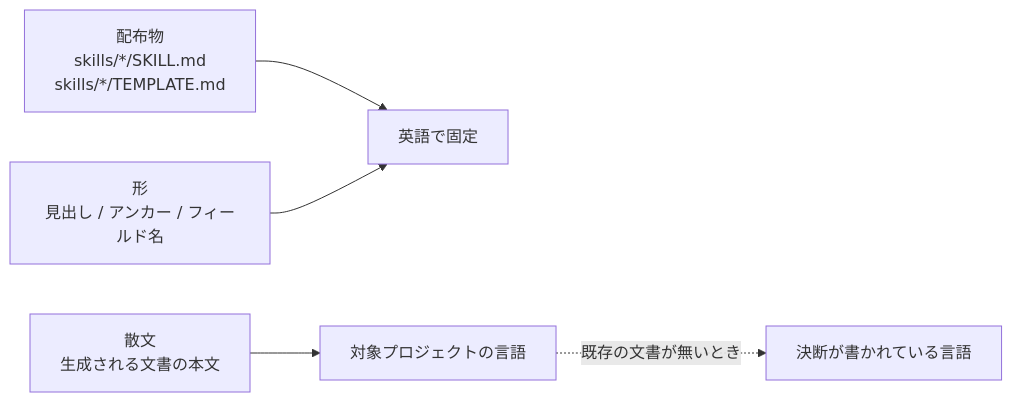
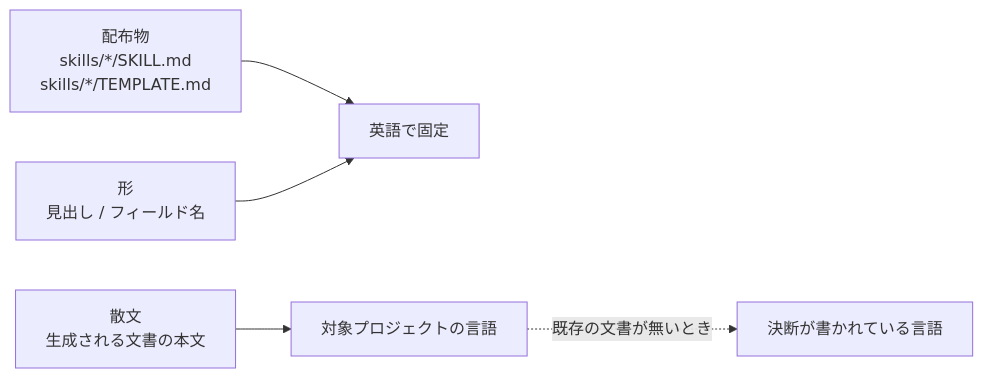
The diagram in docs/archivist/L3_structures/language-split.md (gameundwatch/archivist), drawn with Mermaid before and after one commit. The commit also changed other lines of this file and 6 other files, not shown here.

````diff
--- a/docs/archivist/L3_structures/language-split.md
+++ b/docs/archivist/L3_structures/language-split.md
@@ -9,7 +7,7 @@
 ```mermaid
 flowchart LR
     A["配布物<br/>skills/*/SKILL.md<br/>skills/*/TEMPLATE.md"] --> E["英語で固定"]
-    B["形<br/>見出し / アンカー / フィールド名"] --> E
+    B["形<br/>見出し / フィールド名"] --> E
     C["散文<br/>生成される文書の本文"] --> P["対象プロジェクトの言語"]
     P -.既存の文書が無いとき.-> Q["決断が書かれている言語"]
 ```
````
